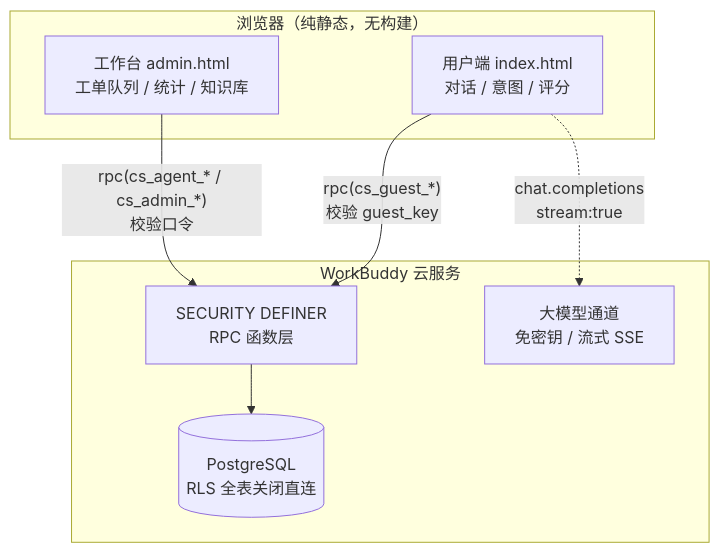
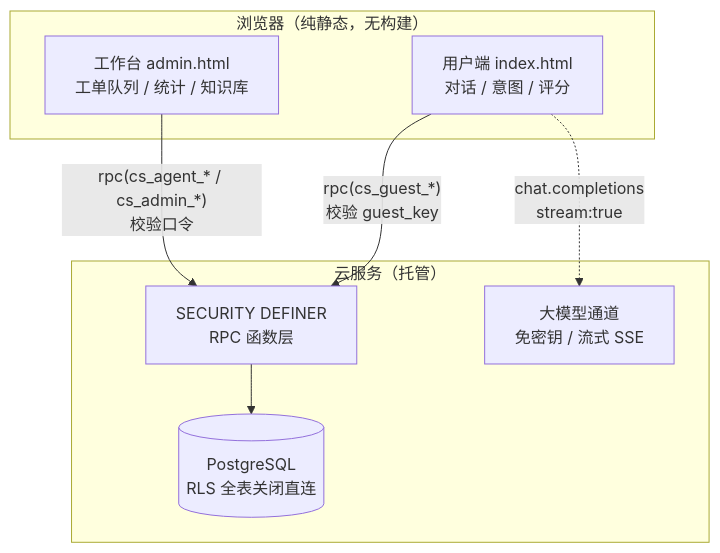
Before and after one commit to cry-88/kubao-support-agent: the diagram in README.md, drawn with Mermaid. The commit also changed other lines of this file and 6 other files, not shown here.

````diff
--- a/README.md
+++ b/README.md
@@ -70,18 +72,18 @@
 ```mermaid
 flowchart TB
     subgraph 浏览器["浏览器（纯静态，无构建）"]
         U["用户端 index.html<br/>对话 / 意图 / 评分"]
         A["工作台 admin.html<br/>工单队列 / 统计 / 知识库"]
     end
 
-    subgraph 云["WorkBuddy 云服务"]
+    subgraph 云["云服务（托管）"]
         DB[("PostgreSQL<br/>RLS 全表关闭直连")]
         FN["SECURITY DEFINER<br/>RPC 函数层"]
         LLM["大模型通道<br/>免密钥 / 流式 SSE"]
     end
 
     U -- "rpc(cs_guest_*)<br/>校验 guest_key" --> FN
     A -- "rpc(cs_agent_* / cs_admin_*)<br/>校验口令" --> FN
     FN --> DB
     U -. "chat.completions<br/>stream:true" .-> LLM
 ```
````
